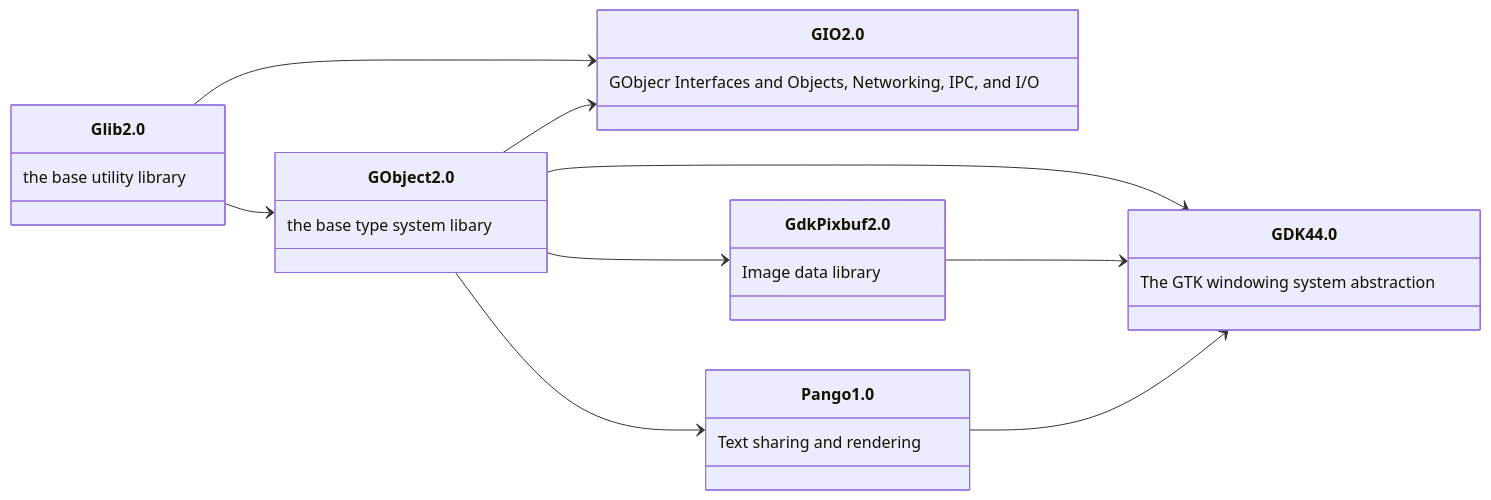
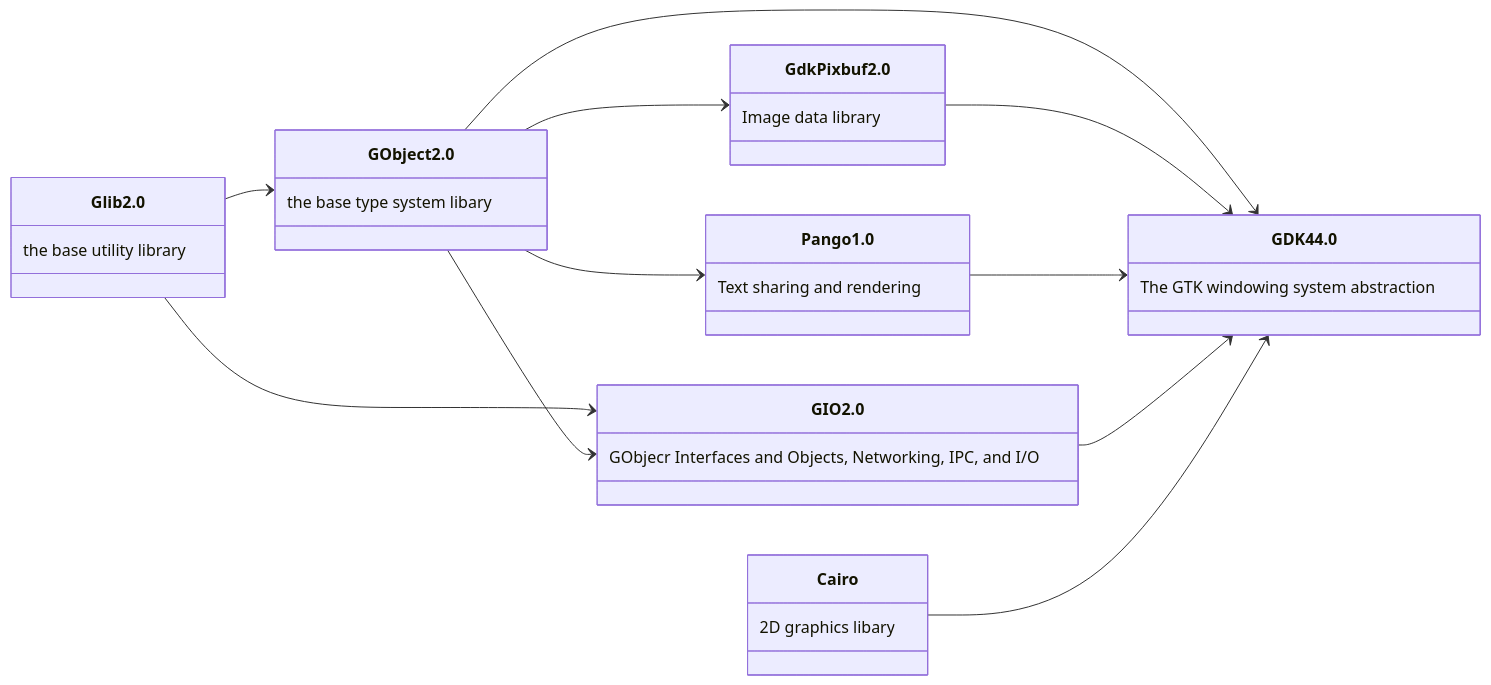
The diagram in readme.md (sechshelme/Lazarus-GNOME-GTK4-Packages_and_Examples), drawn with Mermaid before and after one commit.

````diff
--- a/readme.md
+++ b/readme.md
@@ -40,19 +40,22 @@
 ```mermaid
 classDiagram
 direction RL
 Glib 2.0:the base utility library
 GObject 2.0:the base type system libary
 GIO 2.0:GObjecr Interfaces and Objects, Networking, IPC, and I/O
 GdkPixbuf 2.0:Image data library
 Pango 1.0:Text sharing and rendering
 GDK4 4.0:The GTK windowing system abstraction
+Cairo:2D graphics libary
 
 GObject 2.0<--Glib 2.0
 GIO 2.0<--Glib 2.0
 GIO 2.0<--GObject 2.0
 GdkPixbuf 2.0<--GObject 2.0
+Pango 1.0<--GObject 2.0
 GDK4 4.0<--GObject 2.0
-Pango 1.0<--GObject 2.0
 GDK4 4.0<--GdkPixbuf 2.0
 GDK4 4.0<--Pango 1.0
+GDK4 4.0<--GIO 2.0
+GDK4 4.0<--Cairo
 ```
````
